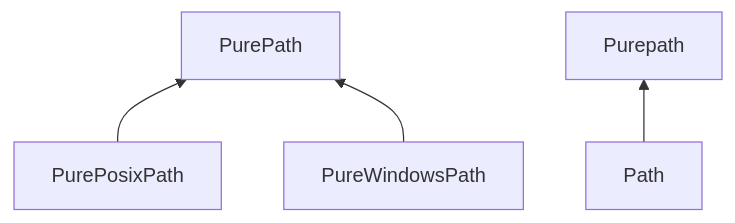
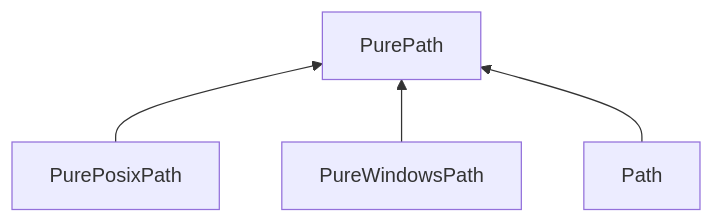
Before and after one commit to rewgs/go-pathlib: the diagram in README.md, drawn with Mermaid.

Commit message:
Updated README.md (note: this is an automated commit message).

````diff
--- a/README.md
+++ b/README.md
@@ -17,6 +17,6 @@
 ```mermaid
 graph BT;
     PurePosixPath --> PurePath;
     PureWindowsPath --> PurePath;
-    Path --> Purepath;
+    Path --> PurePath;
 ```
````
